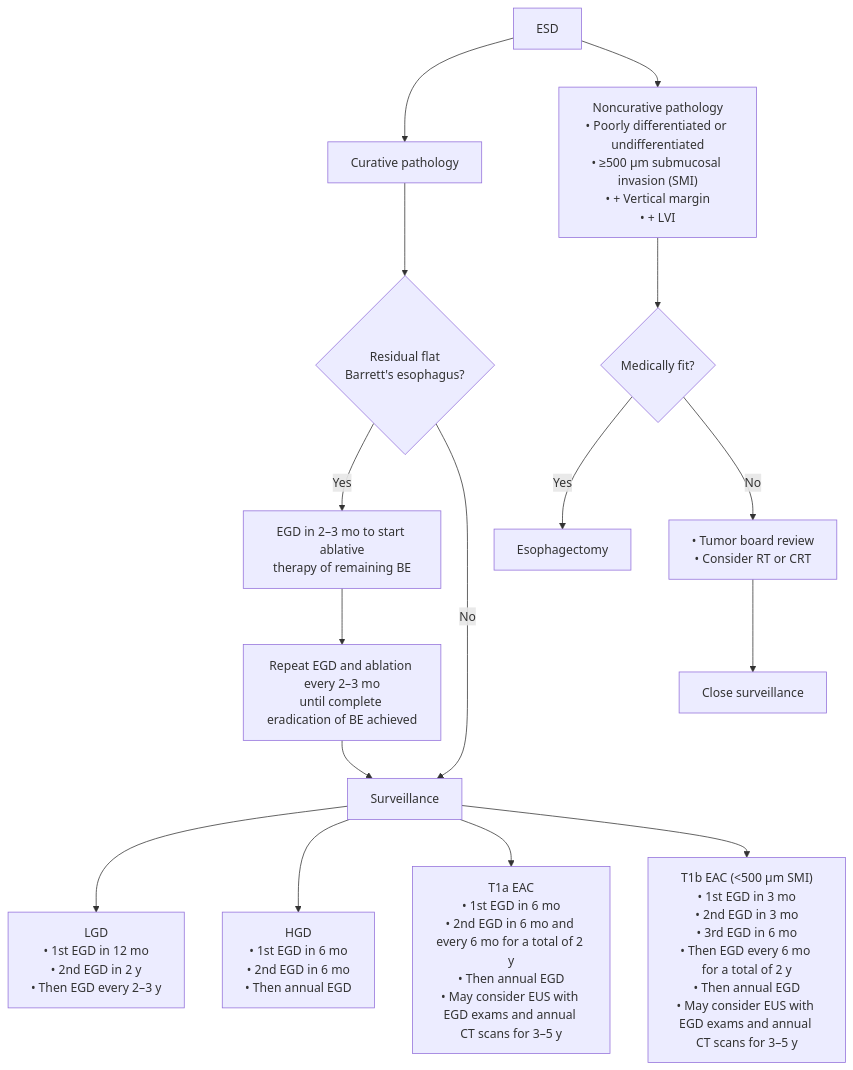
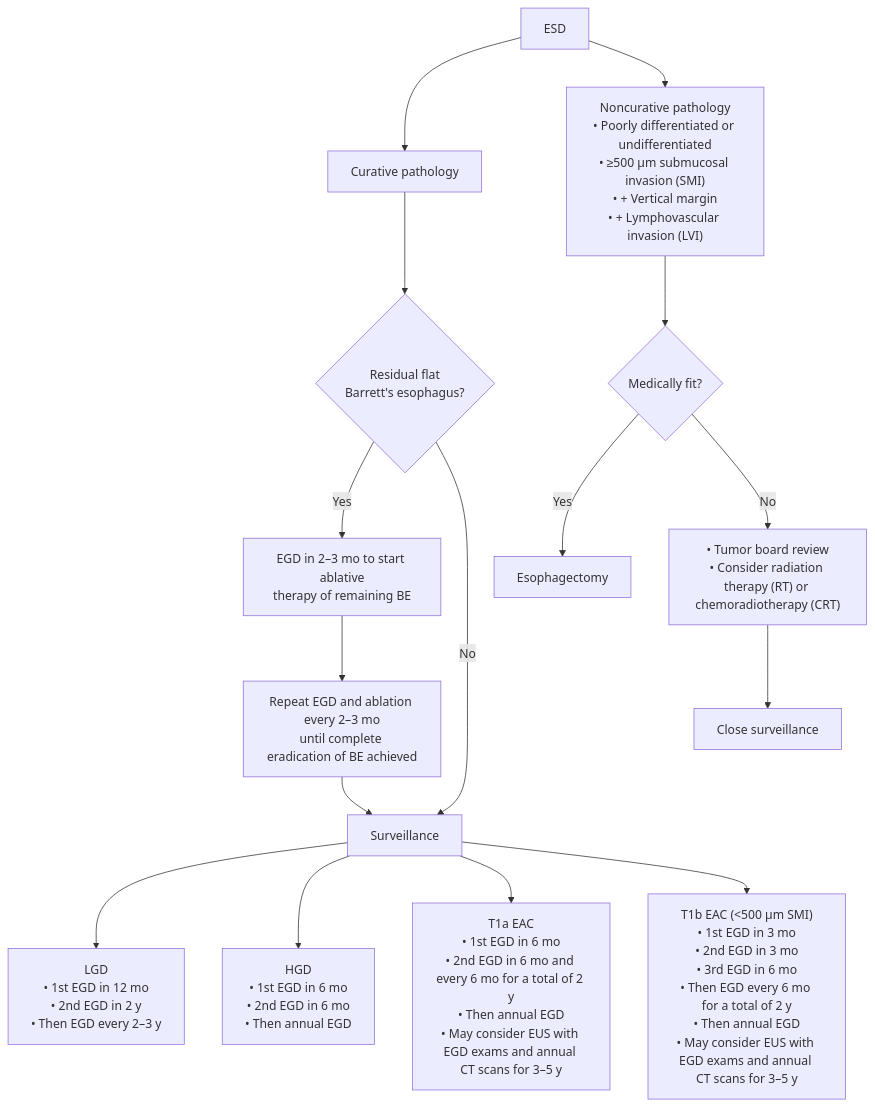
The diagram in KHNL-GI-Wiki/wiki/sources/aga-2021-post-esd-surveillance.md (KHNickLeMD/KHNL-GI-Wiki), drawn with Mermaid before and after one commit. The commit also changed other lines of this file and 620 other files, not shown here.

````diff
--- a/KHNL-GI-Wiki/wiki/sources/aga-2021-post-esd-surveillance.md
+++ b/KHNL-GI-Wiki/wiki/sources/aga-2021-post-esd-surveillance.md
@@ -99,21 +99,21 @@
 ```mermaid
 flowchart TD
     ESD["ESD"] --> CUR["Curative pathology"]
-    ESD --> NONCUR["Noncurative pathology<br/>• Poorly differentiated or undifferentiated<br/>• ≥500 µm submucosal invasion (SMI)<br/>• + Vertical margin<br/>• + LVI"]
+    ESD --> NONCUR["Noncurative pathology<br/>• Poorly differentiated or undifferentiated<br/>• ≥500 µm submucosal invasion (SMI)<br/>• + Vertical margin<br/>• + Lymphovascular invasion (LVI)"]
 
     CUR --> BE{"Residual flat<br/>Barrett's esophagus?"}
     BE -->|Yes| ABL["EGD in 2–3 mo to start ablative<br/>therapy of remaining BE"]
     ABL --> REP["Repeat EGD and ablation every 2–3 mo<br/>until complete eradication of BE achieved"]
     REP --> SURV["Surveillance"]
     BE -->|No| SURV
 
     NONCUR --> FIT{"Medically fit?"}
     FIT -->|Yes| ESOPH["Esophagectomy"]
-    FIT -->|No| TB["• Tumor board review<br/>• Consider RT or CRT"]
+    FIT -->|No| TB["• Tumor board review<br/>• Consider radiation therapy (RT) or chemoradiotherapy (CRT)"]
     TB --> CLOSE["Close surveillance"]
 
     SURV --> LGD["LGD<br/>• 1st EGD in 12 mo<br/>• 2nd EGD in 2 y<br/>• Then EGD every 2–3 y"]
     SURV --> HGD["HGD<br/>• 1st EGD in 6 mo<br/>• 2nd EGD in 6 mo<br/>• Then annual EGD"]
     SURV --> T1A["T1a EAC<br/>• 1st EGD in 6 mo<br/>• 2nd EGD in 6 mo and every 6 mo for a total of 2 y<br/>• Then annual EGD<br/>• May consider EUS with EGD exams and annual CT scans for 3–5 y"]
     SURV --> T1B["T1b EAC (<500 µm SMI)<br/>• 1st EGD in 3 mo<br/>• 2nd EGD in 3 mo<br/>• 3rd EGD in 6 mo<br/>• Then EGD every 6 mo for a total of 2 y<br/>• Then annual EGD<br/>• May consider EUS with EGD exams and annual CT scans for 3–5 y"]
 ```
````
